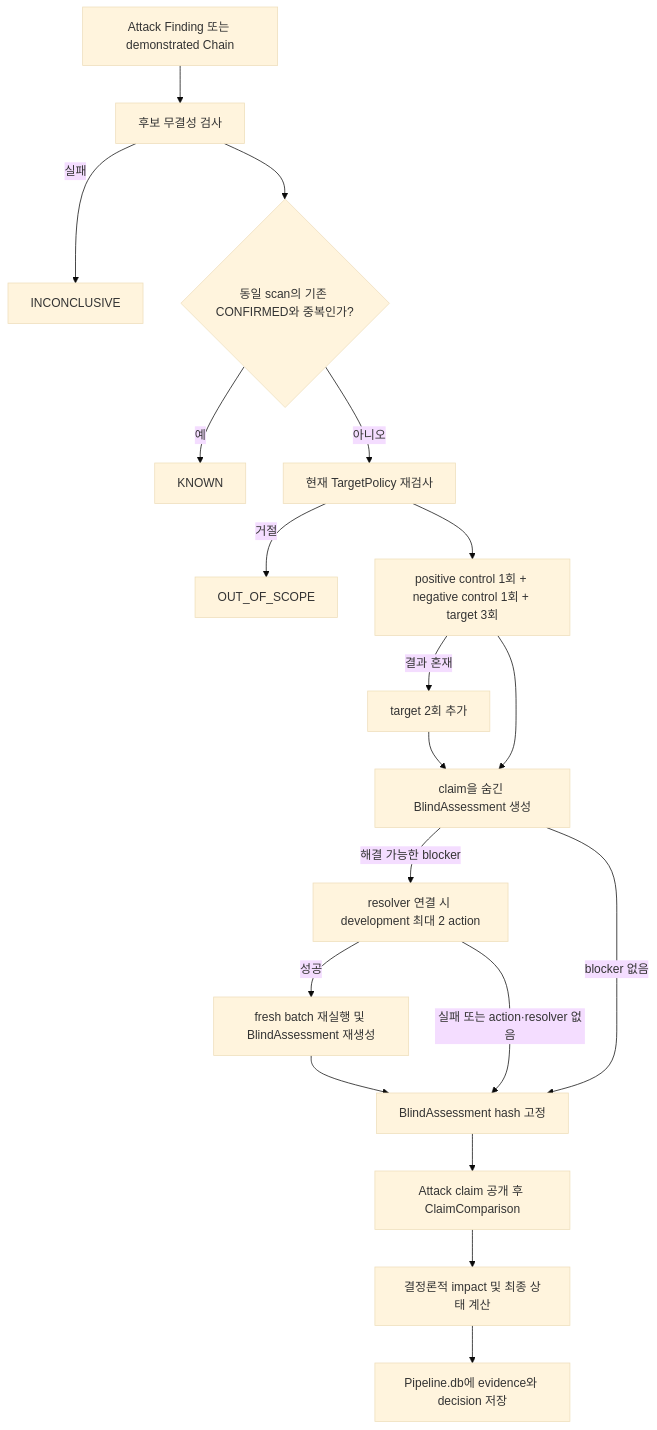
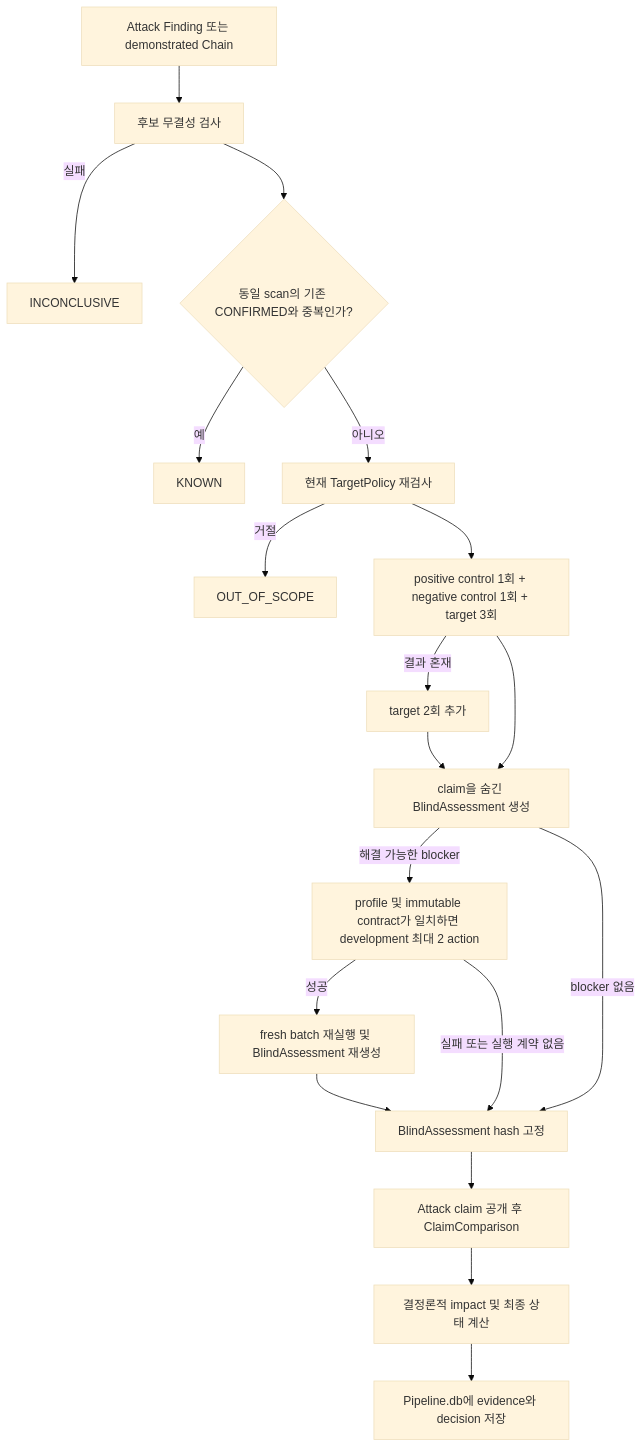
Before and after one commit to Oyeonseok/WHS4_DAST_Project: the diagram in recon-attack-pipeline/docs/changes/validation/VALIDATION_IMPLEMENTATION_OVERVIEW.md, drawn with Mermaid (base theme). The commit also changed other lines of this file and 27 other files, not shown here.

Commit message:
feat(validation): implement native development resolver

````diff
--- a/recon-attack-pipeline/docs/changes/validation/VALIDATION_IMPLEMENTATION_OVERVIEW.md
+++ b/recon-attack-pipeline/docs/changes/validation/VALIDATION_IMPLEMENTATION_OVERVIEW.md
@@ -25,21 +25,21 @@
 ```mermaid
 flowchart TD
     A[Attack Finding 또는 demonstrated Chain] --> B[후보 무결성 검사]
     B -->|실패| I[INCONCLUSIVE]
     B --> C{동일 scan의 기존 CONFIRMED와 중복인가?}
     C -->|예| K[KNOWN]
     C -->|아니오| P[현재 TargetPolicy 재검사]
     P -->|거절| O[OUT_OF_SCOPE]
     P --> R[positive control 1회 + negative control 1회 + target 3회]
     R -->|결과 혼재| R2[target 2회 추가]
     R --> F[claim을 숨긴 BlindAssessment 생성]
     R2 --> F
-    F -->|해결 가능한 blocker| D[resolver 연결 시 development 최대 2 action]
+    F -->|해결 가능한 blocker| D[profile 및 immutable contract가 일치하면 development 최대 2 action]
     D -->|성공| R3[fresh batch 재실행 및 BlindAssessment 재생성]
-    D -->|실패 또는 action·resolver 없음| G
+    D -->|실패 또는 실행 계약 없음| G
     F -->|blocker 없음| G[BlindAssessment hash 고정]
     R3 --> G
     G --> U[Attack claim 공개 후 ClaimComparison]
     U --> E[결정론적 impact 및 최종 상태 계산]
     E --> S[Pipeline.db에 evidence와 decision 저장]
 ```
````
